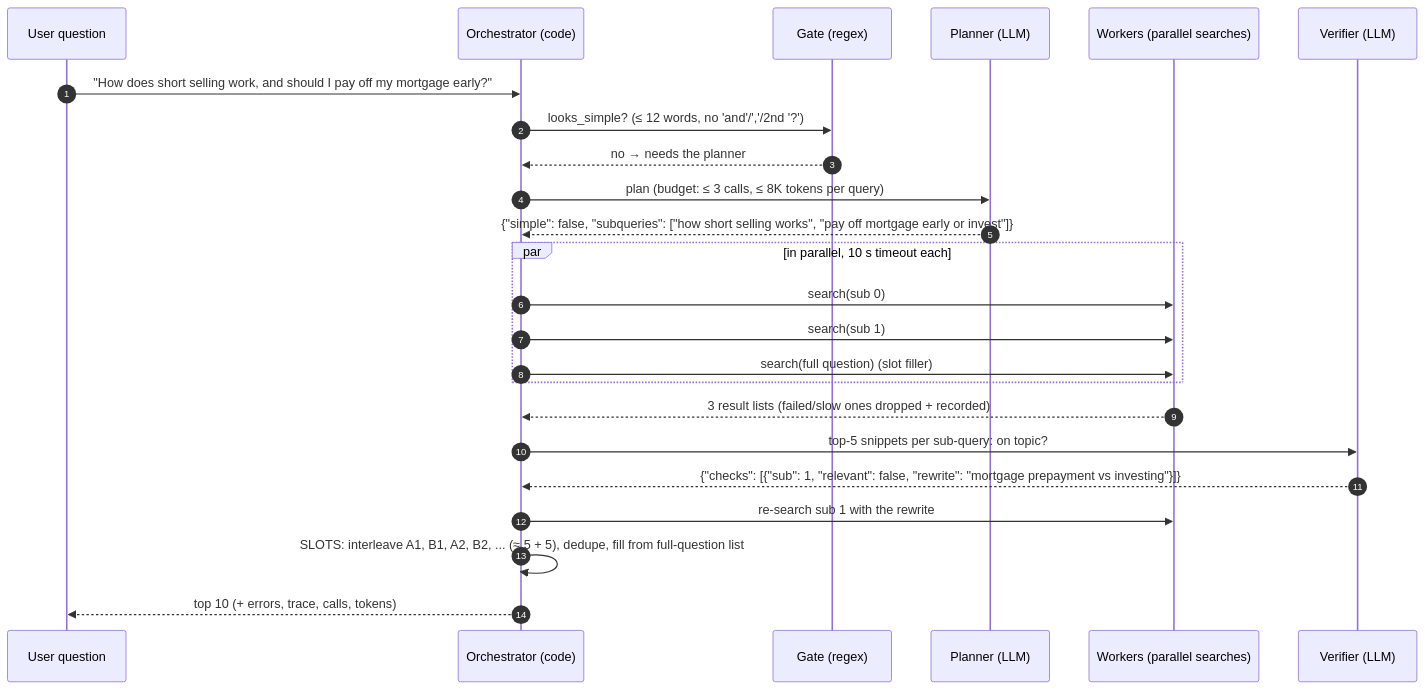
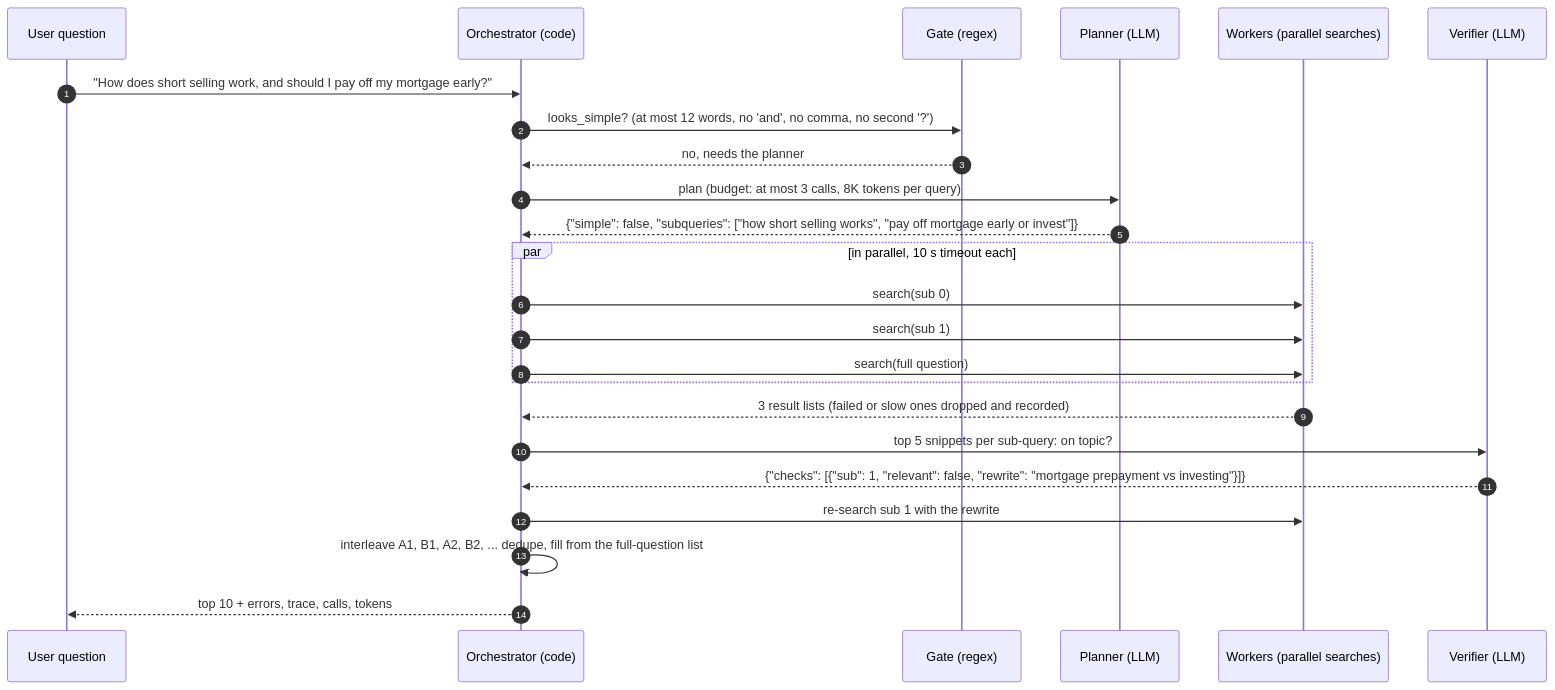
One commit to node31/fiqa-agentic-retrieval changed the fourth of 5 diagrams in docs/from_zero/08_part_c_agents.md. Above: the diagram before and after it, drawn with Mermaid. The commit also changed other lines of this file and 9 other files, not shown here.

````diff
--- a/docs/from_zero/08_part_c_agents.md
+++ b/docs/from_zero/08_part_c_agents.md
@@ -132,26 +97,26 @@
 ```mermaid
 sequenceDiagram
     autonumber
     participant U as User question
     participant O as Orchestrator (code)
     participant G as Gate (regex)
     participant P as Planner (LLM)
     participant W as Workers (parallel searches)
     participant V as Verifier (LLM)
     U->>O: "How does short selling work, and should I pay off my mortgage early?"
-    O->>G: looks_simple? (≤ 12 words, no 'and'/','/2nd '?')
-    G-->>O: no → needs the planner
-    O->>P: plan (budget: ≤ 3 calls, ≤ 8K tokens per query)
+    O->>G: looks_simple? (at most 12 words, no 'and', no comma, no second '?')
+    G-->>O: no, needs the planner
+    O->>P: plan (budget: at most 3 calls, 8K tokens per query)
     P-->>O: {"simple": false, "subqueries": ["how short selling works", "pay off mortgage early or invest"]}
     par in parallel, 10 s timeout each
         O->>W: search(sub 0)
         O->>W: search(sub 1)
-        O->>W: search(full question)  (slot filler)
+        O->>W: search(full question)
     end
-    W-->>O: 3 result lists (failed/slow ones dropped + recorded)
-    O->>V: top-5 snippets per sub-query: on topic?
+    W-->>O: 3 result lists (failed or slow ones dropped and recorded)
+    O->>V: top 5 snippets per sub-query: on topic?
     V-->>O: {"checks": [{"sub": 1, "relevant": false, "rewrite": "mortgage prepayment vs investing"}]}
     O->>W: re-search sub 1 with the rewrite
-    O->>O: SLOTS: interleave A1, B1, A2, B2, ... (≈ 5 + 5), dedupe, fill from full-question list
-    O-->>U: top 10 (+ errors, trace, calls, tokens)
+    O->>O: interleave A1, B1, A2, B2, ... dedupe, fill from the full-question list
+    O-->>U: top 10 + errors, trace, calls, tokens
 ```
````
